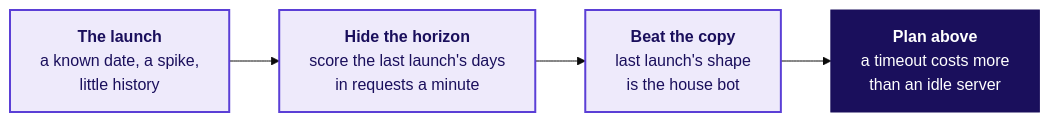
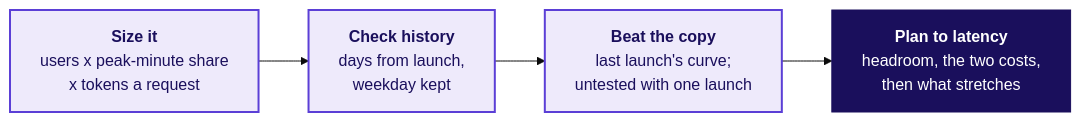
One commit to fde-academy-lab/c2-content-factory changed the first of 2 diagrams in content/W04/D5/slides/C2_W04_D05_half2_STUDENT.md. Above: the diagram before and after it, drawn with Mermaid (base theme). The commit also changed other lines of this file and 8 other files, not shown here.

````diff
--- a/content/W04/D5/slides/C2_W04_D05_half2_STUDENT.md
+++ b/content/W04/D5/slides/C2_W04_D05_half2_STUDENT.md
@@ -139,10 +143,10 @@
 ```mermaid
 flowchart LR
-    L["<b>The launch</b><br/>a known date, a spike,<br/>little history"] --> H["<b>Hide the horizon</b><br/>score the last launch's days<br/>in requests a minute"]
-    H --> B["<b>Beat the copy</b><br/>last launch's shape<br/>is the house bot"]
-    B --> C["<b>Plan above</b><br/>a timeout costs more<br/>than an idle server"]
+    L["<b>Size it</b><br/>users x peak-minute share<br/>x tokens a request"] --> H["<b>Check history</b><br/>days from launch,<br/>weekday kept"]
+    H --> B["<b>Beat the copy</b><br/>last launch's curve;<br/>untested with one launch"]
+    B --> C["<b>Plan to latency</b><br/>headroom, the two costs,<br/>then what stretches"]
     classDef known fill:#EEEAFB,stroke:#5B3FD6,color:#1A0F5C,stroke-width:2px
     classDef lit fill:#1A0F5C,stroke:#1A0F5C,color:#FFFFFF
     class L,H,B known
     class C lit
 ```
````
